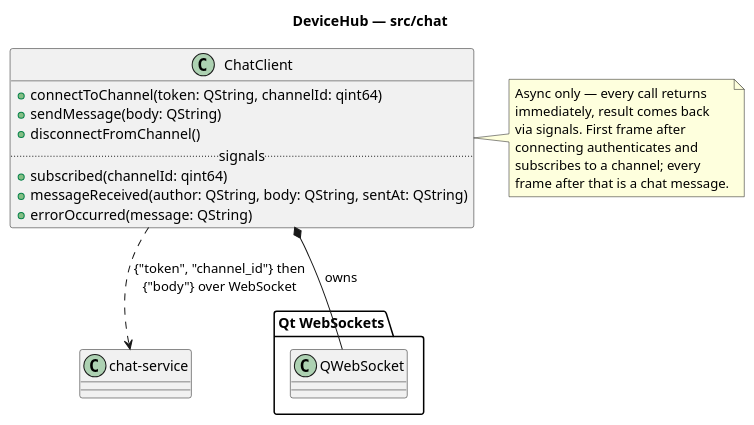
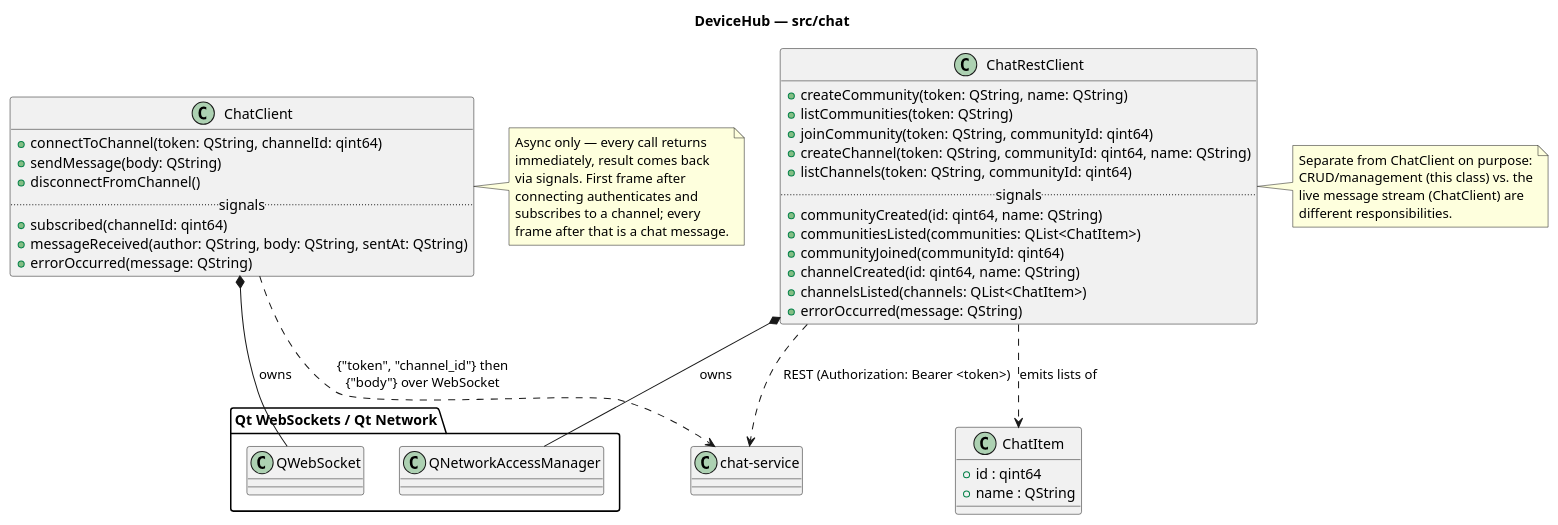
The diagram in docs/diagrams/chat.puml (NekrasovIS/Exp), drawn with PlantUML before and after one commit. The commit also changed 9 other files, not shown here.

```diff
--- a/docs/diagrams/chat.puml
+++ b/docs/diagrams/chat.puml
@@ -1,29 +1,60 @@
 @startuml chat
 title DeviceHub — src/chat
 
-package "Qt WebSockets" {
+package "Qt WebSockets / Qt Network" {
   class QWebSocket
+  class QNetworkAccessManager
+}
+
+class ChatItem {
+  +id : qint64
+  +name : QString
 }
 
 class ChatClient {
   +connectToChannel(token: QString, channelId: qint64)
   +sendMessage(body: QString)
   +disconnectFromChannel()
   .. signals ..
   +subscribed(channelId: qint64)
   +messageReceived(author: QString, body: QString, sentAt: QString)
   +errorOccurred(message: QString)
 }
 ChatClient *-- QWebSocket : owns
 ChatClient ..> "chat-service" : {"token", "channel_id"} then\n{"body"} over WebSocket
 
+class ChatRestClient {
+  +createCommunity(token: QString, name: QString)
+  +listCommunities(token: QString)
+  +joinCommunity(token: QString, communityId: qint64)
+  +createChannel(token: QString, communityId: qint64, name: QString)
+  +listChannels(token: QString, communityId: qint64)
+  .. signals ..
+  +communityCreated(id: qint64, name: QString)
+  +communitiesListed(communities: QList<ChatItem>)
+  +communityJoined(communityId: qint64)
+  +channelCreated(id: qint64, name: QString)
+  +channelsListed(channels: QList<ChatItem>)
+  +errorOccurred(message: QString)
+}
+ChatRestClient *-- QNetworkAccessManager : owns
+ChatRestClient ..> ChatItem : emits lists of
+ChatRestClient ..> "chat-service" : REST (Authorization: Bearer <token>)
+
 note right of ChatClient
   Async only — every call returns
   immediately, result comes back
   via signals. First frame after
   connecting authenticates and
   subscribes to a channel; every
   frame after that is a chat message.
 end note
 
+note right of ChatRestClient
+  Separate from ChatClient on purpose:
+  CRUD/management (this class) vs. the
+  live message stream (ChatClient) are
+  different responsibilities.
+end note
+
 @enduml
```
